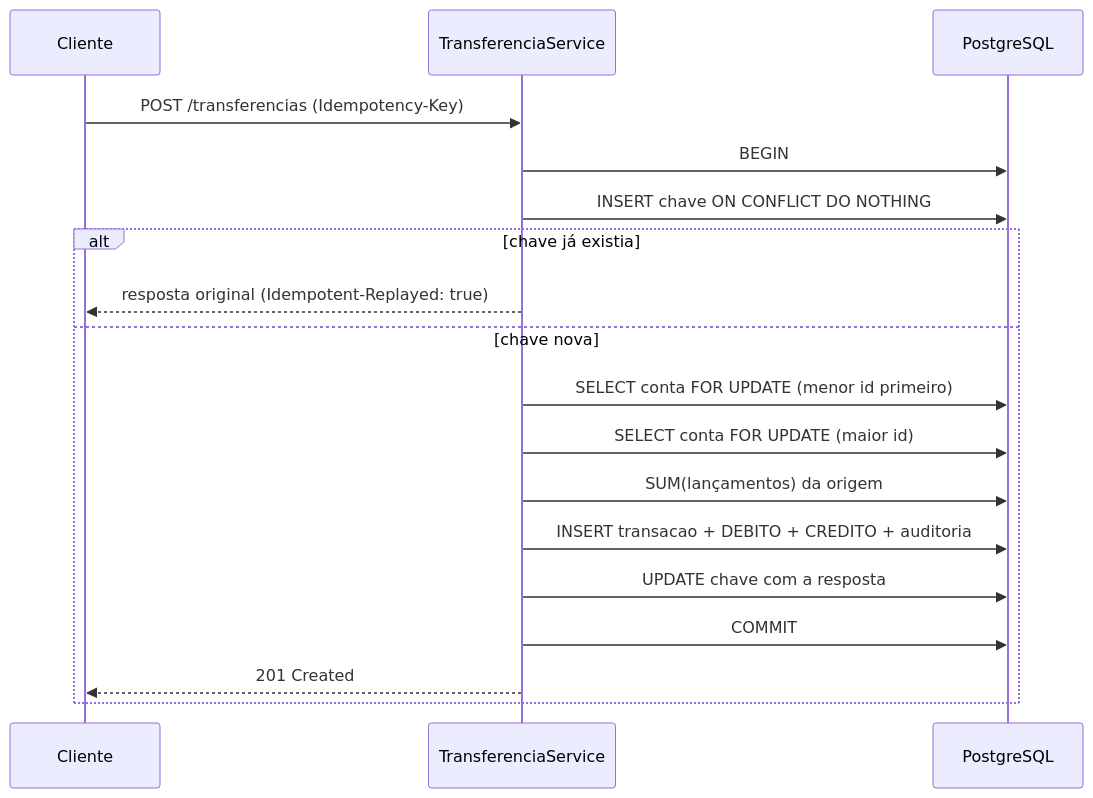
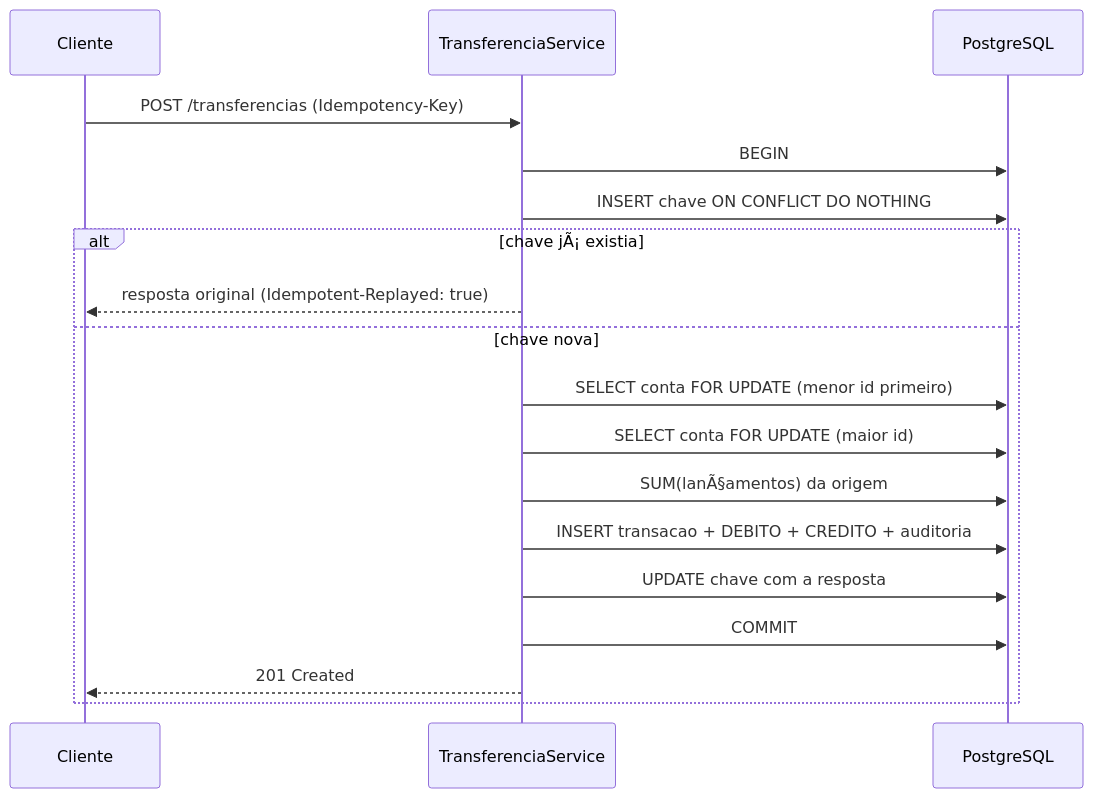
Before and after one commit to gabrielgmln-ops/Projeto-B-A: the second of 2 diagrams in README.md, drawn with Mermaid. The commit also changed other lines of this file and 2 other files, not shown here.

````diff
--- a/README.md
+++ b/README.md
@@ -37,20 +37,20 @@
 ```mermaid
 sequenceDiagram
     participant Cli as Cliente
     participant T as TransferenciaService
     participant DB as PostgreSQL
     Cli->>T: POST /transferencias (Idempotency-Key)
     T->>DB: BEGIN
     T->>DB: INSERT chave ON CONFLICT DO NOTHING
-    alt chave já existia
+    alt chave jÃ¡ existia
         T-->>Cli: resposta original (Idempotent-Replayed: true)
     else chave nova
         T->>DB: SELECT conta FOR UPDATE (menor id primeiro)
         T->>DB: SELECT conta FOR UPDATE (maior id)
-        T->>DB: SUM(lançamentos) da origem
+        T->>DB: SUM(lanÃ§amentos) da origem
         T->>DB: INSERT transacao + DEBITO + CREDITO + auditoria
         T->>DB: UPDATE chave com a resposta
         T->>DB: COMMIT
         T-->>Cli: 201 Created
     end
 ```
````
